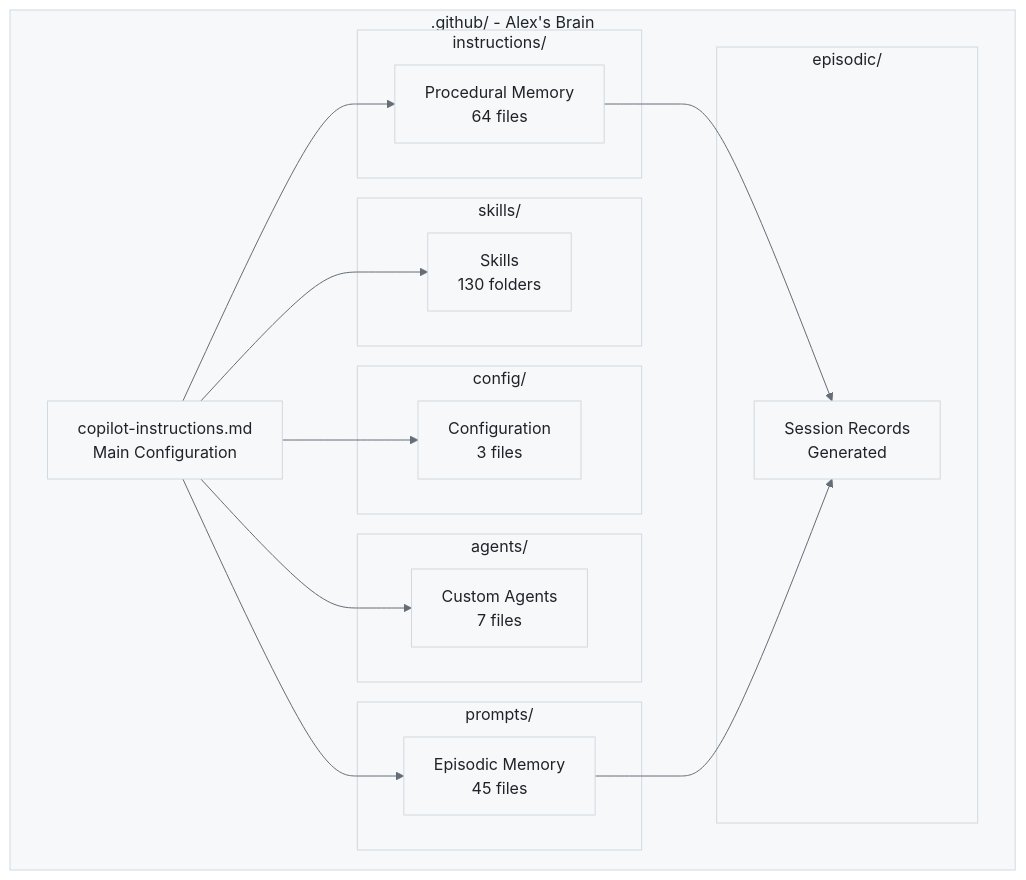
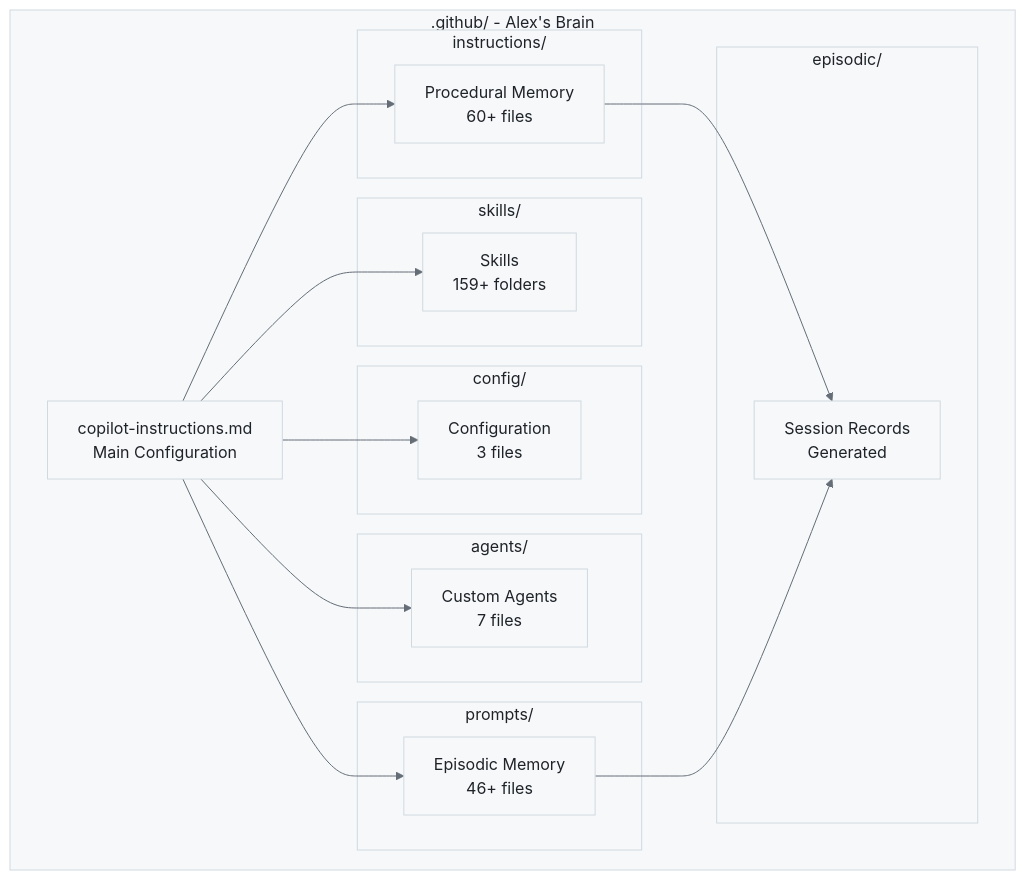
The diagram in alex_docs/guides/PROJECT-STRUCTURE.md (fabioc-aloha/Alex_Plug_In), drawn with Mermaid before and after one commit. The commit also changed 25 other files, not shown here.

````diff
--- a/alex_docs/guides/PROJECT-STRUCTURE.md
+++ b/alex_docs/guides/PROJECT-STRUCTURE.md
@@ -11,39 +11,39 @@
 ```mermaid
 %%{init: {'theme': 'base', 'themeVariables': { 'primaryColor': '#f6f8fa', 'primaryTextColor': '#1f2328', 'primaryBorderColor': '#d1d9e0', 'lineColor': '#656d76', 'secondaryColor': '#f6f8fa', 'tertiaryColor': '#ffffff', 'background': '#ffffff', 'mainBkg': '#f6f8fa', 'nodeBorder': '#d1d9e0', 'clusterBkg': '#f6f8fa', 'clusterBorder': '#d1d9e0', 'titleColor': '#1f2328', 'edgeLabelBackground': '#ffffff'}}}%%
 graph TB
     subgraph ".github/ - Alex's Brain"
         CI[copilot-instructions.md<br/>Main Configuration]
 
         subgraph "instructions/"
-            PROC[Procedural Memory<br/>64 files]
+            PROC[Procedural Memory<br/>60+ files]
         end
 
         subgraph "prompts/"
-            EPIS[Episodic Memory<br/>45 files]
+            EPIS[Episodic Memory<br/>46+ files]
         end
 
         subgraph "skills/"
-            SK[Skills<br/>130 folders]
+            SK[Skills<br/>159+ folders]
         end
 
         subgraph "config/"
             CFG[Configuration<br/>3 files]
         end
 
         subgraph "agents/"
             AGT[Custom Agents<br/>7 files]
         end
 
         subgraph "episodic/"
             SESS[Session Records<br/>Generated]
         end
     end
 
     CI --> PROC
     CI --> EPIS
     CI --> SK
     CI --> CFG
     CI --> AGT
     PROC --> SESS
     EPIS --> SESS
 ```
````
